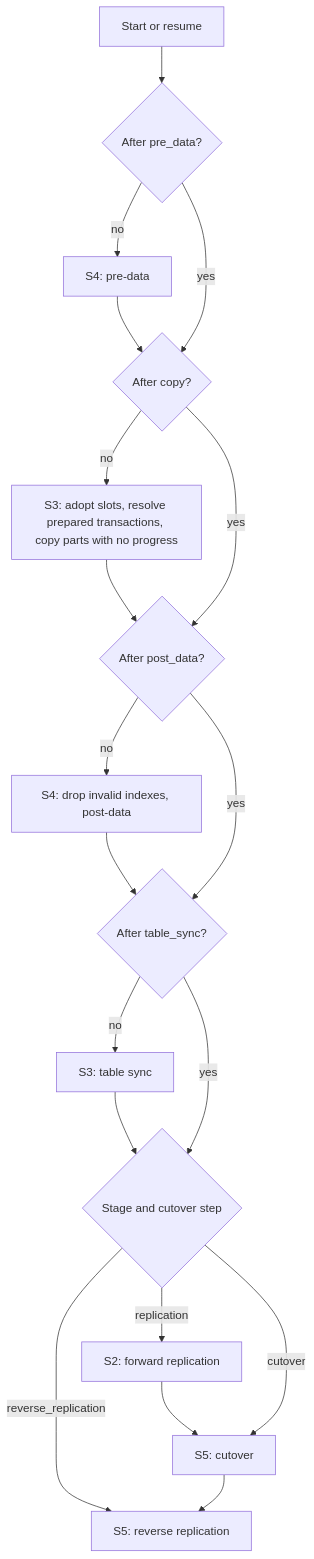
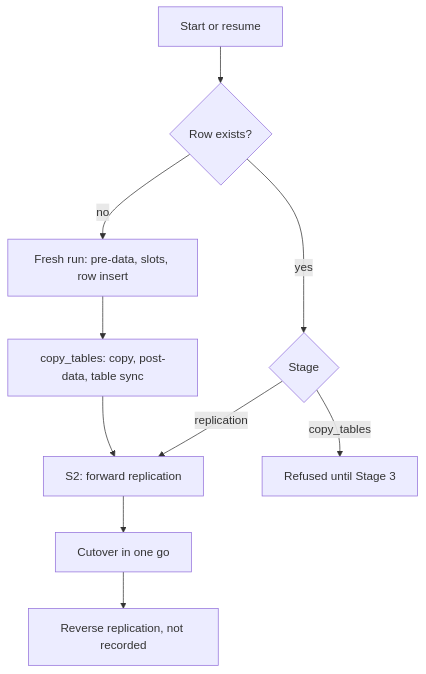
One commit to pgdogdev/pgdog changed the fifth of 6 diagrams in docs/RESUMABLE_RESHARDING.md. Above: the diagram before and after it, drawn with Mermaid. The commit also changed other lines of this file and 23 other files, not shown here.

````diff
--- a/docs/RESUMABLE_RESHARDING.md
+++ b/docs/RESUMABLE_RESHARDING.md
@@ -267,16 +265,10 @@
 ```mermaid
 flowchart TD
-  A[Start or resume] --> B{After pre_data?}
-  B -- no --> B1[S4: pre-data] --> C
-  B -- yes --> C{After copy?}
-  C -- no --> C1[S3: adopt slots, resolve prepared transactions, copy parts with no progress] --> E
-  C -- yes --> E{After post_data?}
-  E -- no --> E1[S4: drop invalid indexes, post-data] --> F
-  E -- yes --> F{After table_sync?}
-  F -- no --> F1[S3: table sync] --> G
-  F -- yes --> G{Stage and cutover step}
-  G -- replication --> G1[S2: forward replication] --> H[S5: cutover]
-  G -- cutover --> H
-  G -- reverse_replication --> R[S5: reverse replication]
-  H --> R
+  A[Start or resume] --> B{Row exists?}
+  B -- no --> B1[Fresh run: pre-data, slots, row insert] --> C
+  B -- yes --> G{Stage}
+  C[copy_tables: copy, post-data, table sync] --> G1
+  G -- copy_tables --> X[Refused until Stage 3]
+  G -- replication --> G1[S2: forward replication] --> H[Cutover in one go]
+  H --> R[Reverse replication, not recorded]
 ```
````
